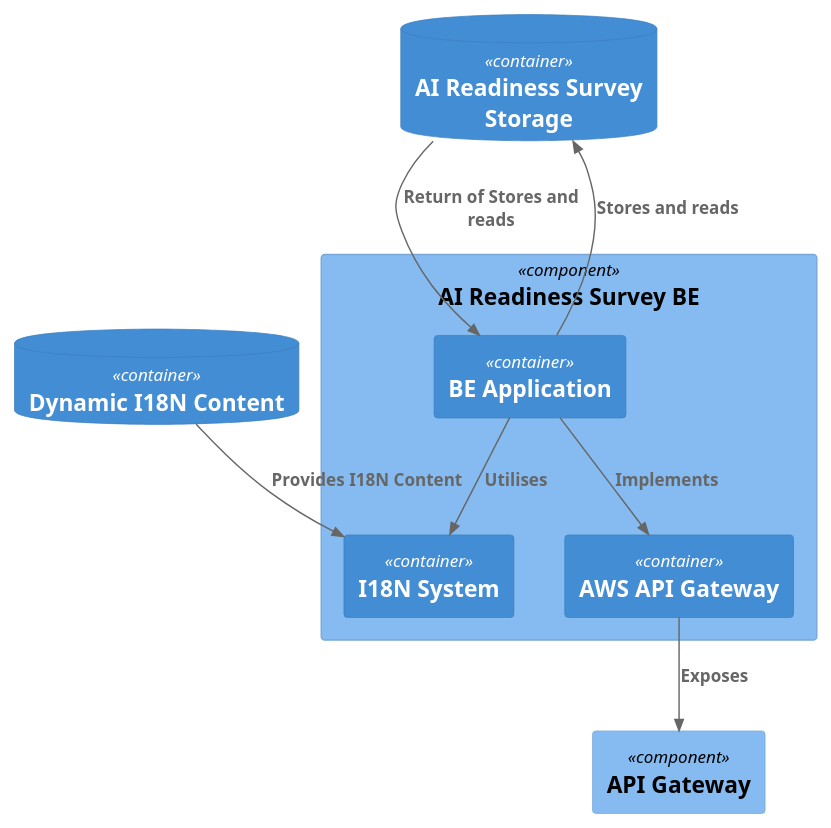
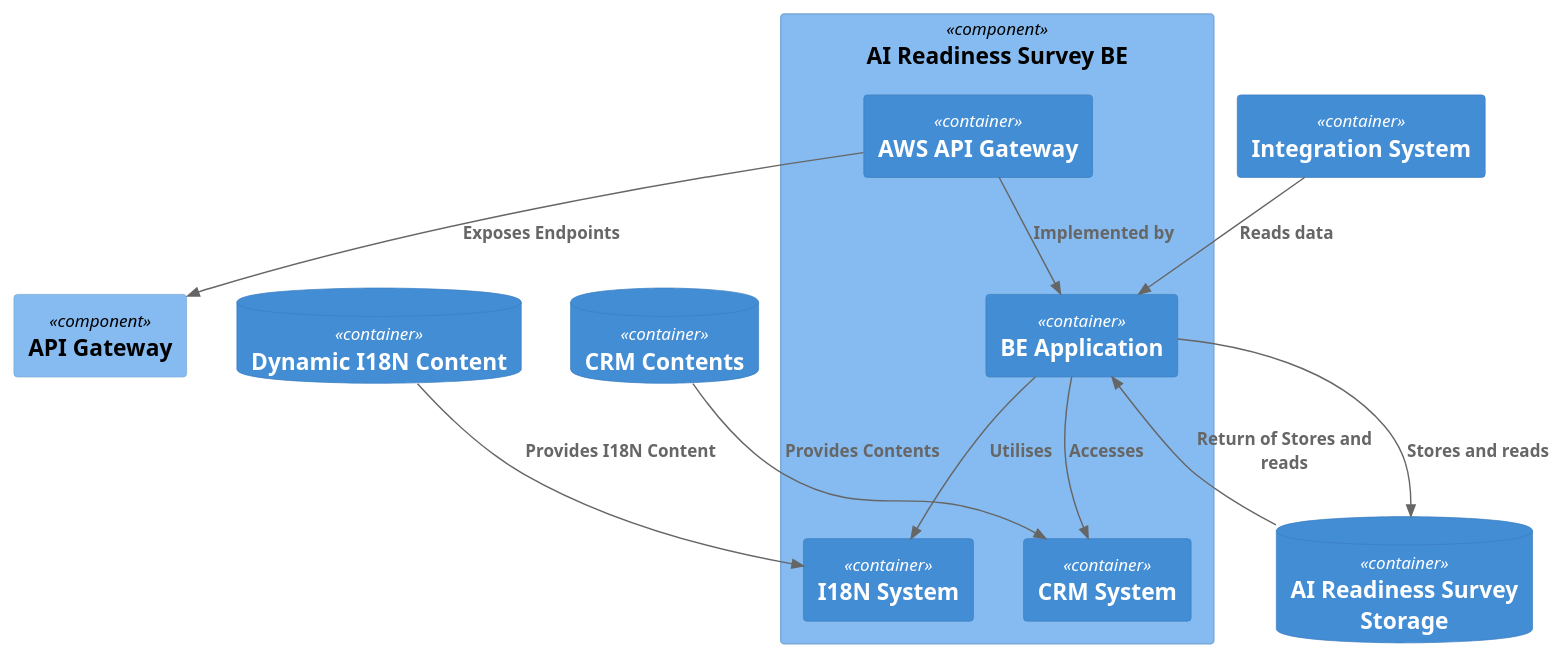
Before and after one commit to brunasti/icepanel-tools: the diagram in examples/ai/icePanel-C4-3-AI_Readiness_Survey_BE.puml, drawn with PlantUML. The commit also changed 11 other files, not shown here.

```diff
--- a/examples/ai/icePanel-C4-3-AI_Readiness_Survey_BE.puml
+++ b/examples/ai/icePanel-C4-3-AI_Readiness_Survey_BE.puml
@@ -1,37 +1,43 @@
 @startuml
 'https://plantuml.com/class-diagram
 ' CONVERT ICEPANEL DIAGRAM ===========
 ' Converter          : it.brunasti.icepanel.tools.IcePanelToPlantUmlConverter
 ' IcePanel JSON File : [./examples/ai/ARS-AI_Readiness_Survey.json]
 ' Configuration      : [./examples/ai/config.json]
-' Generated at       : Wed May 01 15:06:54 CEST 2024
+' Generated at       : Thu May 02 13:56:38 CEST 2024
 
 !include https://raw.githubusercontent.com/plantuml-stdlib/C4-PlantUML/master/C4_Context.puml
 !include https://raw.githubusercontent.com/plantuml-stdlib/C4-PlantUML/master/C4_Component.puml
 
 
 
 Component(SPQI7VF4lQr2xI6LfLFL, "AI Readiness Survey BE", "") { 
     ' CLASSES =======
     Container(VfVOeO3QyBIGXrvCOwIi, "I18N System", "", "")
+    Container(5eGbhrgZL6CVjXVxG9EB, "CRM System", "", "")
     Container(fhOu4B6mDXc7nf9z8b9C, "AWS API Gateway", "", "")
     Container(d0yXDxJmyhA9EL5YiepF, "BE Application", "", "")
 }
 
 
 ' NEIGHBOR CLASSES =======
 ContainerDb(iZVcQxlnkbrnOYjJqqv2, "Dynamic I18N Content", "", "")
+ContainerDb(6KEeGMtfXzcAtPxRMm95, "CRM Contents", "", "")
+Container(Q4JwBYUNizhrOK6IVNU0, "Integration System", "", "")
 Component(mCLYSixzXMXK6M59oIYW, "API Gateway", "")
 ContainerDb(tlobGJ03gGg0eTGJjeCt, "AI Readiness Survey Storage", "", "")
 
 
 ' CONNECTIONS =======
 Rel(d0yXDxJmyhA9EL5YiepF, tlobGJ03gGg0eTGJjeCt, "Stores and reads" )
 Rel(tlobGJ03gGg0eTGJjeCt, d0yXDxJmyhA9EL5YiepF, "Return of Stores and reads" )
 Rel(d0yXDxJmyhA9EL5YiepF, VfVOeO3QyBIGXrvCOwIi, "Utilises" )
-Rel(d0yXDxJmyhA9EL5YiepF, fhOu4B6mDXc7nf9z8b9C, "Implements" )
+Rel(d0yXDxJmyhA9EL5YiepF, 5eGbhrgZL6CVjXVxG9EB, "Accesses" )
+Rel(6KEeGMtfXzcAtPxRMm95, 5eGbhrgZL6CVjXVxG9EB, "Provides Contents" )
+Rel(fhOu4B6mDXc7nf9z8b9C, d0yXDxJmyhA9EL5YiepF, "Implemented by" )
 Rel(iZVcQxlnkbrnOYjJqqv2, VfVOeO3QyBIGXrvCOwIi, "Provides I18N Content" )
-Rel(fhOu4B6mDXc7nf9z8b9C, mCLYSixzXMXK6M59oIYW, "Exposes" )
+Rel(fhOu4B6mDXc7nf9z8b9C, mCLYSixzXMXK6M59oIYW, "Exposes Endpoints" )
+Rel(Q4JwBYUNizhrOK6IVNU0, d0yXDxJmyhA9EL5YiepF, "Reads data" )
 
 
 @enduml
```
